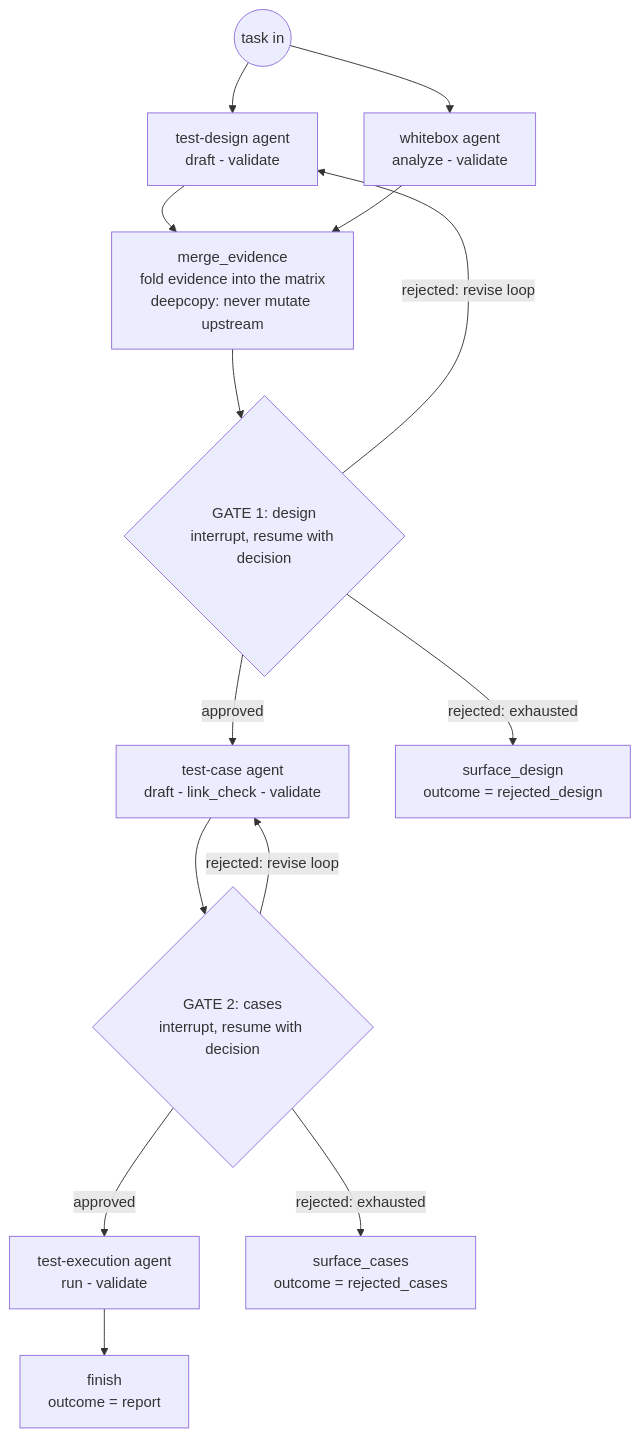
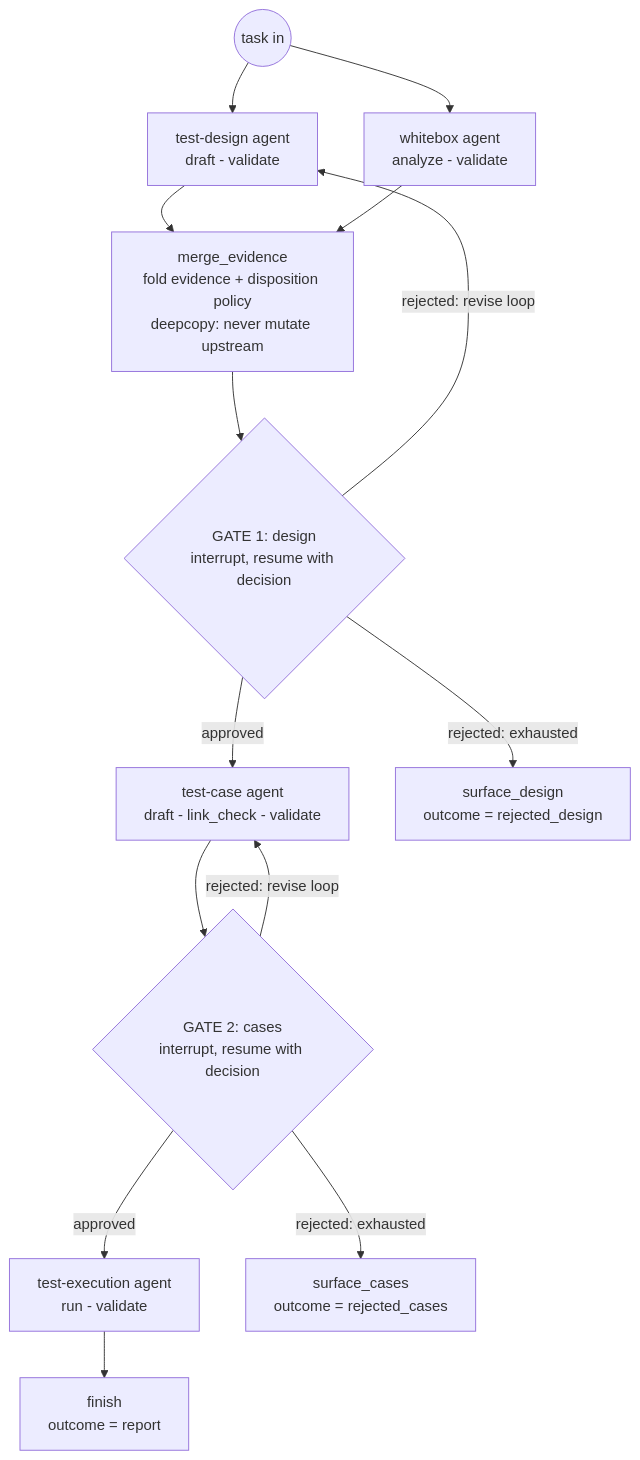
Before and after one commit to Jason33824/mini-agent-test: the first of 3 diagrams in docs/DESIGN.md, drawn with Mermaid. The commit also changed other lines of this file and 16 other files, not shown here.

````diff
--- a/docs/DESIGN.md
+++ b/docs/DESIGN.md
@@ -64,16 +88,16 @@
 ```mermaid
 flowchart TD
     S((task in)) --> D[test-design agent<br/>draft - validate]
     S --> B[whitebox agent<br/>analyze - validate]
-    D --> M["merge_evidence<br/>fold evidence into the matrix<br/>deepcopy: never mutate upstream"]
+    D --> M["merge_evidence<br/>fold evidence + disposition policy<br/>deepcopy: never mutate upstream"]
     B --> M
     M --> G1{"GATE 1: design<br/>interrupt, resume with decision"}
     G1 -- approved --> C[test-case agent<br/>draft - link_check - validate]
     G1 -- "rejected: revise loop" --> D
     G1 -- "rejected: exhausted" --> S1["surface_design<br/>outcome = rejected_design"]
     C --> G2{"GATE 2: cases<br/>interrupt, resume with decision"}
     G2 -- approved --> E[test-execution agent<br/>run - validate]
     G2 -- "rejected: revise loop" --> C
     G2 -- "rejected: exhausted" --> S2["surface_cases<br/>outcome = rejected_cases"]
     E --> F[finish<br/>outcome = report]
 ```
````
